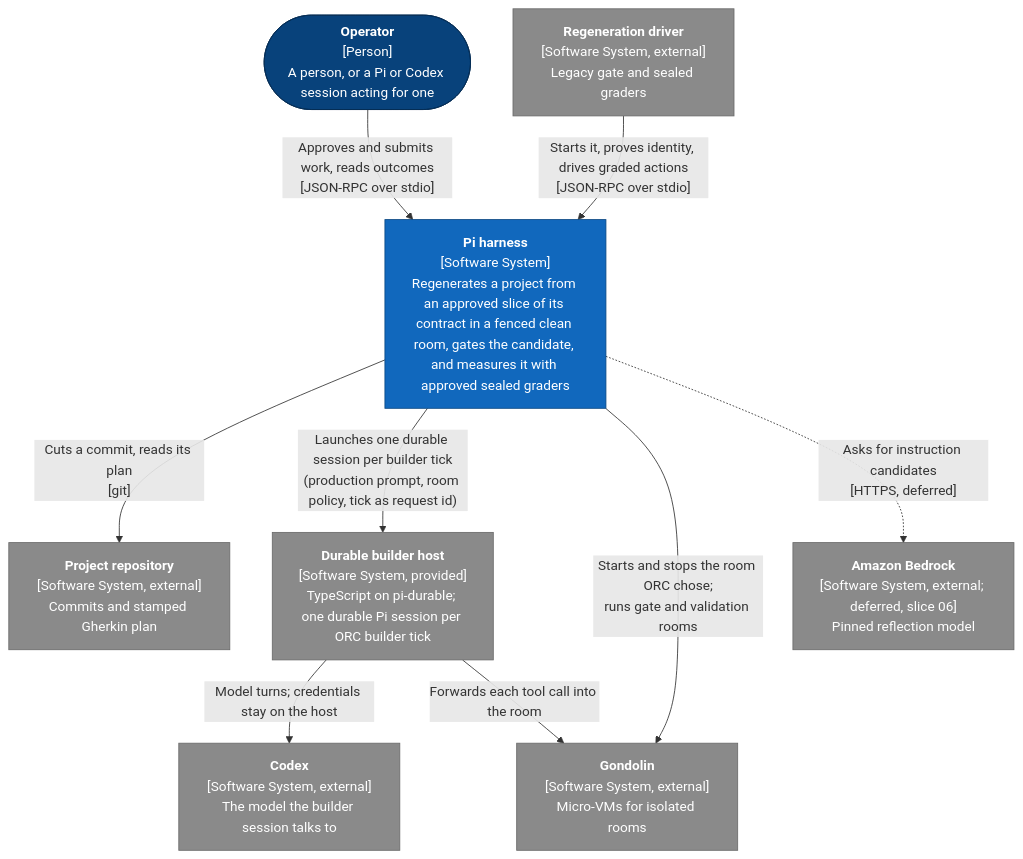
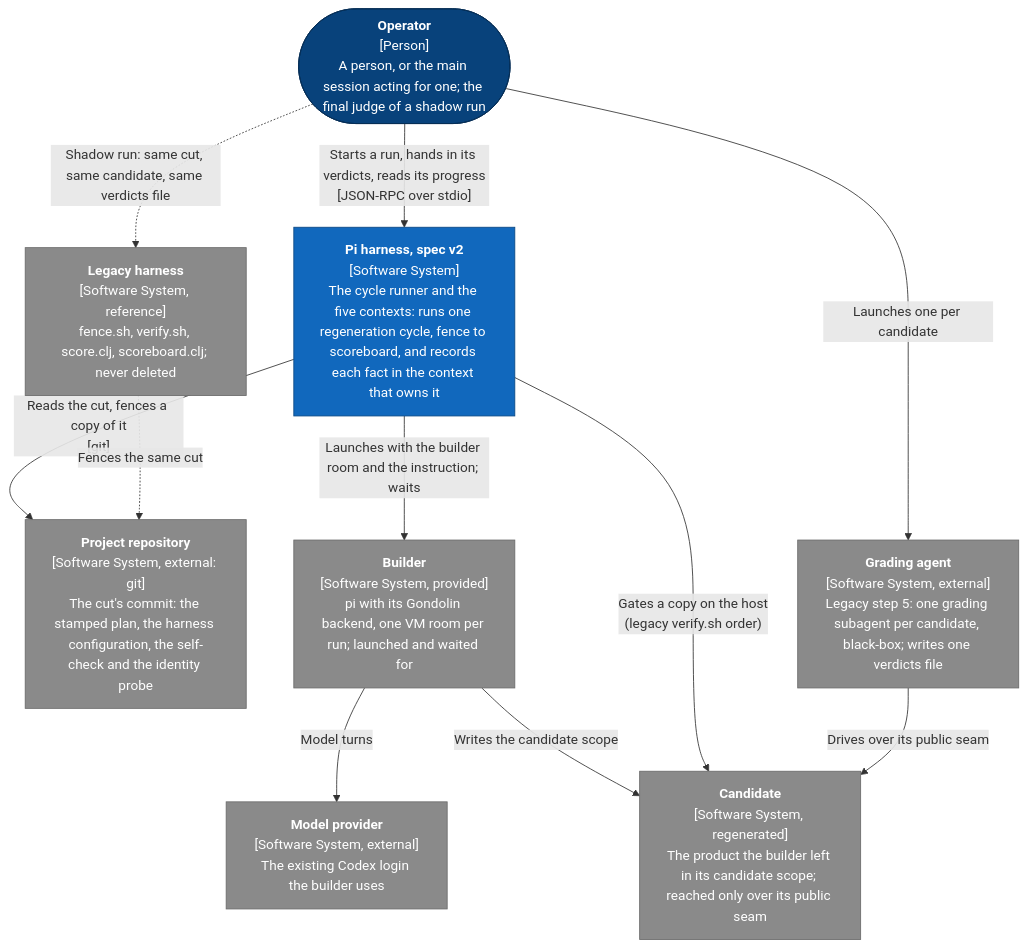
Before and after one commit to scope-impact/loyly: the first of 3 diagrams in .pi/architecture.md, drawn with Mermaid. The commit also changed other lines of this file, not shown here.

First line of the commit message:
Spec: the architecture page describes spec v2 and the harness since the switch

````diff
--- a/.pi/architecture.md
+++ b/.pi/architecture.md
@@ -18,31 +21,33 @@
 ```mermaid
 
 flowchart TB
-  operator(["<b>Operator</b><br/>[Person]<br/>A person, or a Pi or Codex session acting for one"])
-  driver["<b>Regeneration driver</b><br/>[Software System, external]<br/>Legacy gate and sealed graders"]
-  harness["<b>Pi harness</b><br/>[Software System]<br/>Regenerates a project from an approved slice of its contract in a fenced clean room, gates the candidate, and measures it with approved sealed graders"]
-  repo["<b>Project repository</b><br/>[Software System, external]<br/>Commits and stamped Gherkin plan"]
-  host["<b>Durable builder host</b><br/>[Software System, provided]<br/>TypeScript on pi-durable; one durable Pi session per ORC builder tick"]
-  pi["<b>Codex</b><br/>[Software System, external]<br/>The model the builder session talks to"]
-  gondolin["<b>Gondolin</b><br/>[Software System, external]<br/>Micro-VMs for isolated rooms"]
-  bedrock["<b>Amazon Bedrock</b><br/>[Software System, external; deferred, slice 06]<br/>Pinned reflection model"]
+  operator(["<b>Operator</b><br/>[Person]<br/>A person, or the main session acting for one; the final judge of a shadow run"])
+  harness["<b>Pi harness, spec v2</b><br/>[Software System]<br/>The cycle runner and the five contexts: runs one regeneration cycle, fence to scoreboard, and records each fact in the context that owns it"]
+  repo["<b>Project repository</b><br/>[Software System, external: git]<br/>The cut's commit: the stamped plan, the harness configuration, the self-check and the identity probe"]
+  builder["<b>Builder</b><br/>[Software System, provided]<br/>pi with its Gondolin backend, one VM room per run; launched and waited for"]
+  model["<b>Model provider</b><br/>[Software System, external]<br/>The existing Codex login the builder uses"]
+  candidate["<b>Candidate</b><br/>[Software System, regenerated]<br/>The product the builder left in its candidate scope; reached only over its public seam"]
+  grading["<b>Grading agent</b><br/>[Software System, external]<br/>Legacy step 5: one grading subagent per candidate, black-box; writes one verdicts file"]
+  legacy["<b>Legacy harness</b><br/>[Software System, reference]<br/>fence.sh, verify.sh, score.clj, scoreboard.clj; never deleted"]
 
-  operator -- "Approves and submits work, reads outcomes<br/>[JSON-RPC over stdio]" --> harness
-  driver -- "Starts it, proves identity, drives graded actions<br/>[JSON-RPC over stdio]" --> harness
-  harness -- "Cuts a commit, reads its plan<br/>[git]" --> repo
-  harness -- "Launches one durable session per builder tick<br/>(production prompt, room policy, tick as request id)" --> host
-  harness -- "Starts and stops the room ORC chose;<br/>runs gate and validation rooms" --> gondolin
-  host -- "Model turns; credentials stay on the host" --> pi
-  host -- "Forwards each tool call into the room" --> gondolin
-  harness -. "Asks for instruction candidates<br/>[HTTPS, deferred]" .-> bedrock
+  operator -- "Starts a run, hands in its verdicts, reads its progress<br/>[JSON-RPC over stdio]" --> harness
+  operator -- "Launches one per candidate" --> grading
+  harness -- "Reads the cut, fences a copy of it<br/>[git]" --> repo
+  harness -- "Launches with the builder room and the instruction; waits" --> builder
+  builder -- "Model turns" --> model
+  builder -- "Writes the candidate scope" --> candidate
+  harness -- "Gates a copy on the host<br/>(legacy verify.sh order)" --> candidate
+  grading -- "Drives over its public seam" --> candidate
+  operator -. "Shadow run: same cut, same candidate, same verdicts file" .-> legacy
+  legacy -. "Fences the same cut" .-> repo
 
   class operator person
   class harness system
-  class driver,repo,host,pi,gondolin,bedrock external
+  class repo,builder,model,candidate,grading,legacy external
   classDef person fill:#08427b,stroke:#052e56,color:#fff
   classDef system fill:#1168bd,stroke:#0b4884,color:#fff
   classDef external fill:#8a8a8a,stroke:#6b6b6b,color:#fff
   classDef container fill:#438dd5,stroke:#2e6295,color:#fff
   classDef component fill:#85bbf0,stroke:#5d82a8,color:#000
   classDef boundary fill:none,stroke:#444,stroke-dasharray:6 4,color:#444
 ```
````
